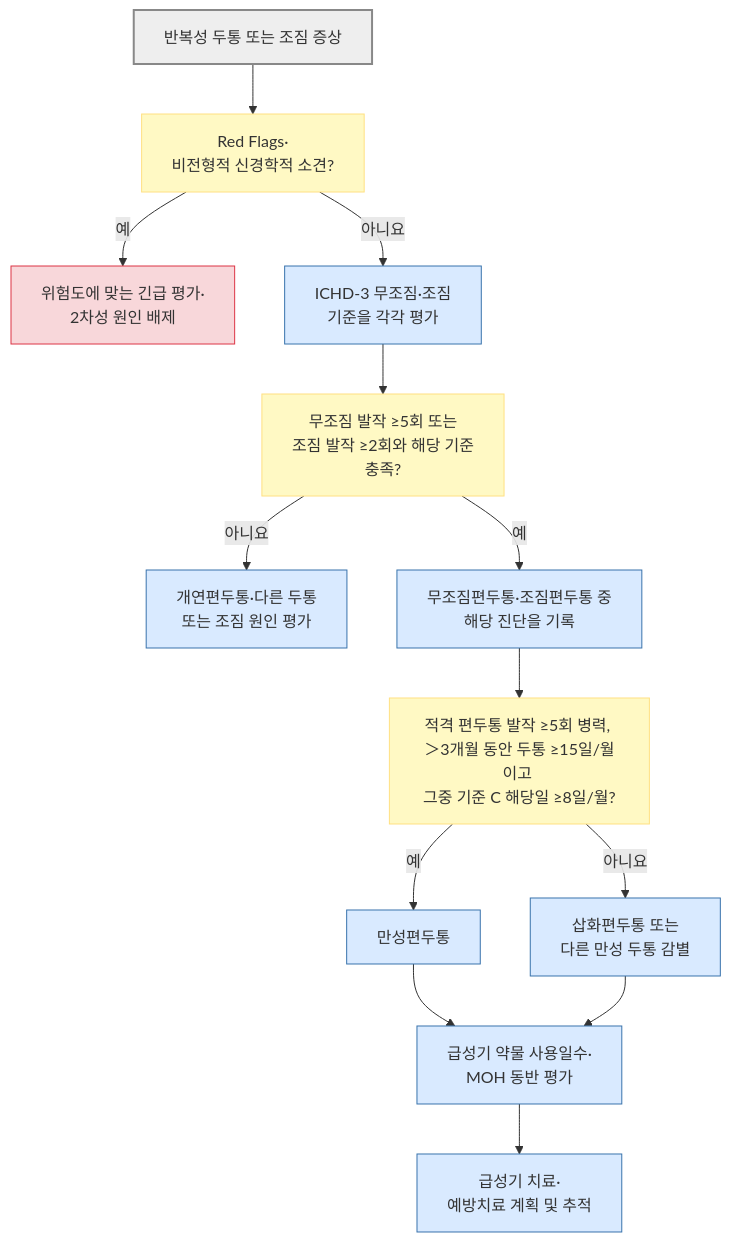
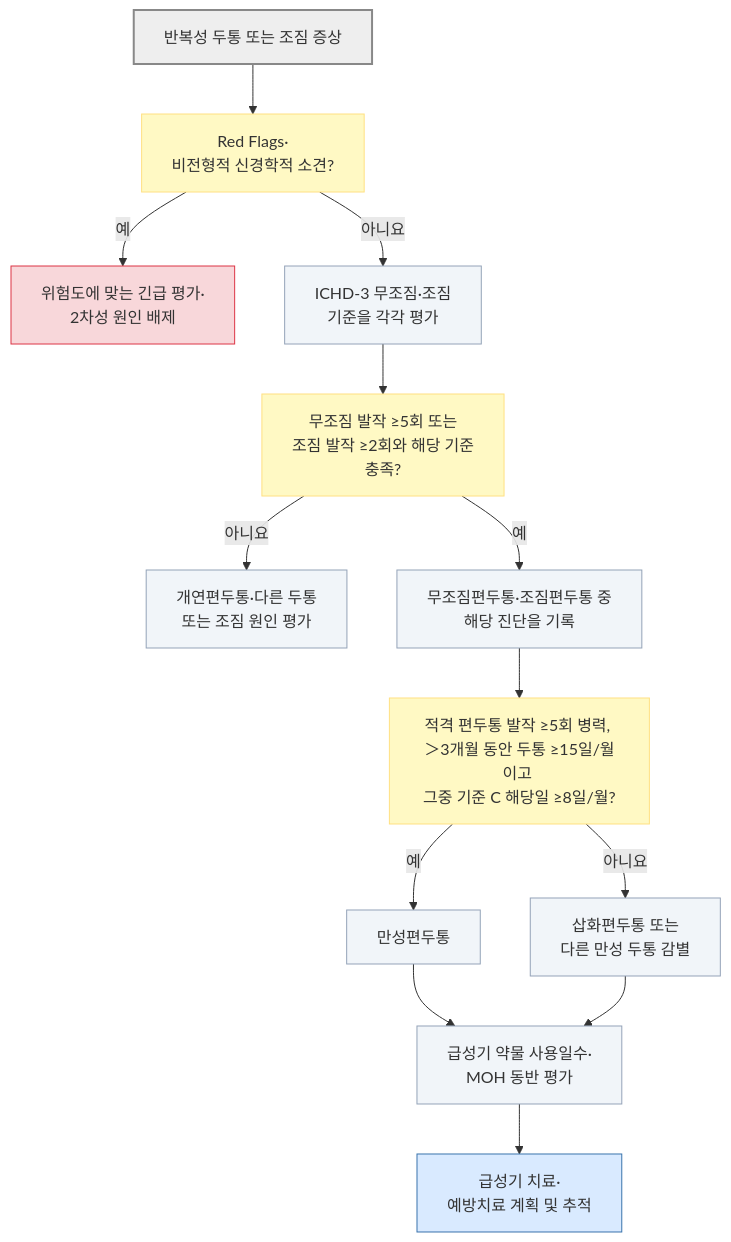
Before and after one commit to familyoh77/familyoh77: the first of 2 diagrams in 221_/016_-migraine.md, drawn with Mermaid. The commit also changed other lines of this file and 4 other files, not shown here.

````diff
--- a/221_/016_-migraine.md
+++ b/221_/016_-migraine.md
@@ -177,23 +177,25 @@
 ```mermaid
 flowchart TD
     A["반복성 두통 또는 조짐 증상"] --> B["Red Flags·<br/>비전형적 신경학적 소견?"]
     B -- "예" --> C["위험도에 맞는 긴급 평가·<br/>2차성 원인 배제"]
     B -- "아니요" --> D["ICHD-3 무조짐·조짐 <br/>기준을 각각 평가"]
     D --> E["무조짐 발작 ≥5회 또는 <br/>조짐 발작 ≥2회와 해당 기준 <br/>충족?"]
     E -- "아니요" --> F["개연편두통·다른 두통 <br/>또는 조짐 원인 평가"]
     E -- "예" --> G["무조짐편두통·조짐편두통 중 <br/>해당 진단을 기록"]
     G --> H["적격 편두통 발작 ≥5회 병력, <br/>＞3개월 동안 두통 ≥15일/월이고 <br/>그중 기준 C 해당일 ≥8일/월?"]
     H -- "예" --> I["만성편두통"]
     H -- "아니요" --> J["삽화편두통 또는 <br/>다른 만성 두통 감별"]
     I --> K["급성기 약물 사용일수·<br/>MOH 동반 평가"]
     J --> K
     K --> L["급성기 치료·<br/>예방치료 계획 및 추적"]
-    classDef question fill:#fff9c4,stroke:#ffe082
-    classDef emergency fill:#f8d7da,stroke:#dc3545
-    classDef care fill:#d9eaff,stroke:#3973ac
-    class B,E,H question
-    class C emergency
-    class D,F,G,I,J,K,L care
-    style A fill:#eeeeee,stroke:#888888,stroke-width:2px
-
+classDef start fill:#eeeeee,stroke:#888888,stroke-width:2px;
+classDef decision fill:#fff9c4,stroke:#ffe082;
+classDef emergency fill:#f8d7da,stroke:#dc3545;
+classDef assessment fill:#f1f5f9,stroke:#94a3b8;
+classDef care fill:#d9eaff,stroke:#3973ac;
+class A start;
+class B,E,H decision;
+class C emergency;
+class D,F,G,I,J,K assessment;
+class L care;
 ```
````
